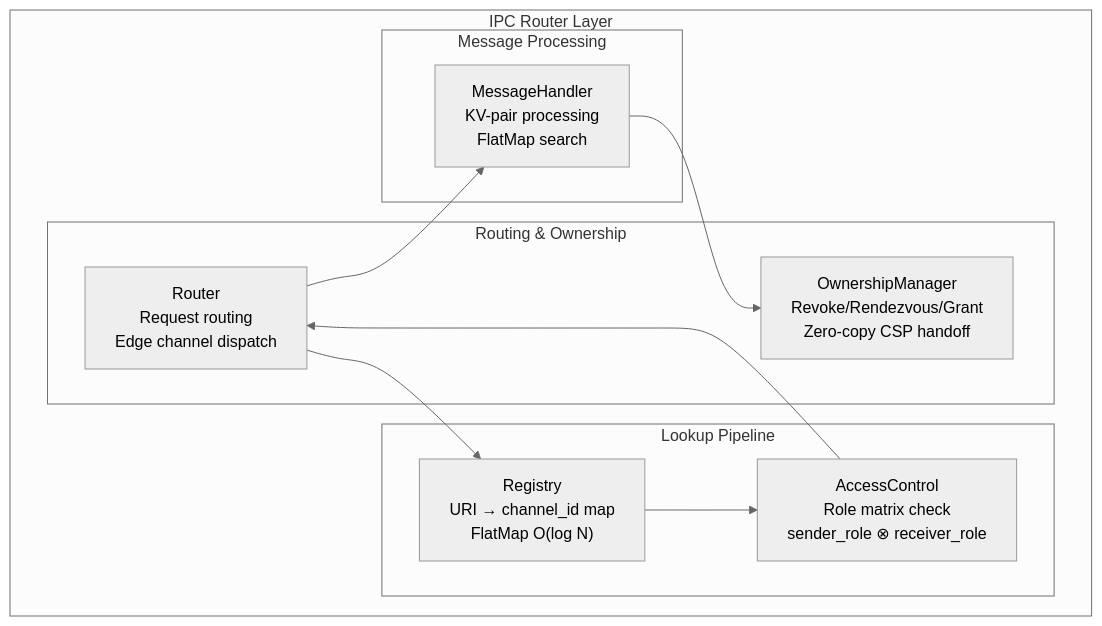
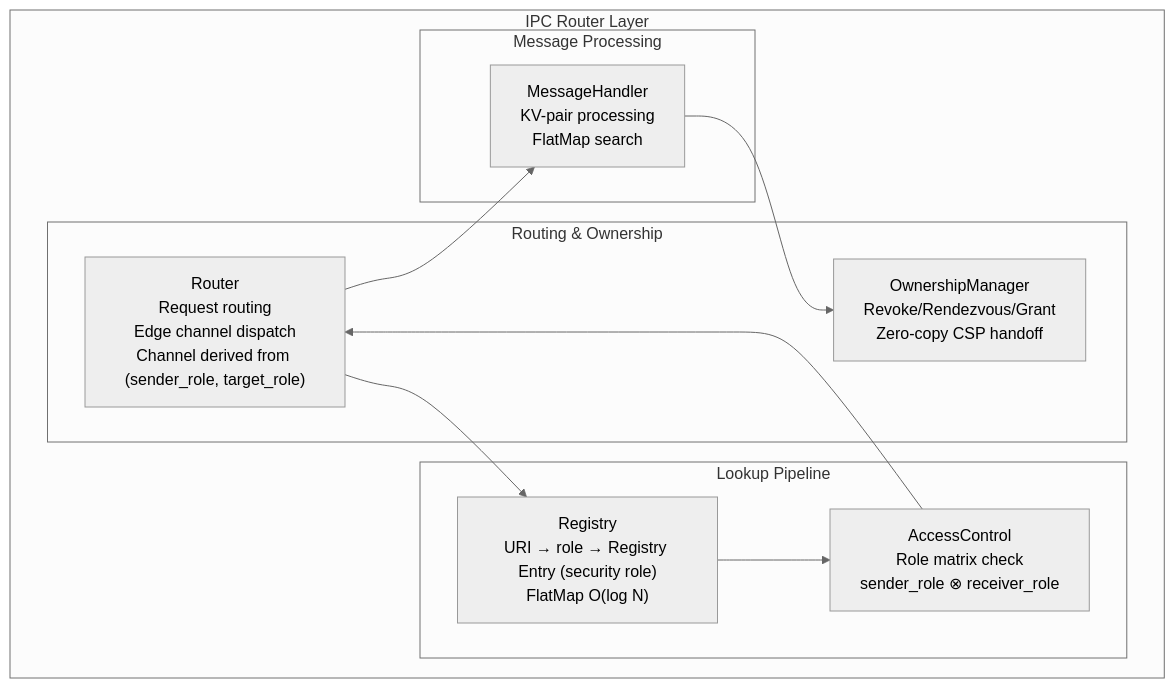
The first of 7 diagrams in docs/components/tier1_interface/ipc_router.md (kmt-t/fireball), drawn with Mermaid (neutral theme) before and after one commit. The commit also changed other lines of this file and 18 other files, not shown here.

Commit message:
docs: harmonize component diagrams, state transitions, and symlinks across specifications

````diff
--- a/docs/components/tier1_interface/ipc_router.md
+++ b/docs/components/tier1_interface/ipc_router.md
@@ -26,25 +26,25 @@
 ```mermaid
 %% not-a-topology: Internal component block diagram and lookup pipeline within IPC router subsystem
 graph TB
     subgraph "IPC Router Layer"
         subgraph "Lookup Pipeline"
-            Reg["Registry<br/>URI → channel_id map<br/>FlatMap O(log N)"]
+            Reg["Registry<br/>URI → role → Registry Entry (security role)<br/>FlatMap O(log N)"]
             AC["AccessControl<br/>Role matrix check<br/>sender_role ⊗ receiver_role"]
         end
 
         subgraph "Routing & Ownership"
-            R["Router<br/>Request routing<br/>Edge channel dispatch"]
+            R["Router<br/>Request routing<br/>Edge channel dispatch<br/>Channel derived from (sender_role, target_role)"]
             OM["OwnershipManager<br/>Revoke/Rendezvous/Grant<br/>Zero-copy CSP handoff"]
         end
 
         subgraph "Message Processing"
             MH["MessageHandler<br/>KV-pair processing<br/>FlatMap search"]
         end
     end
 
     R --> Reg
     Reg --> AC
     AC --> R
     R --> MH
 MH --> OM
 ```
````
